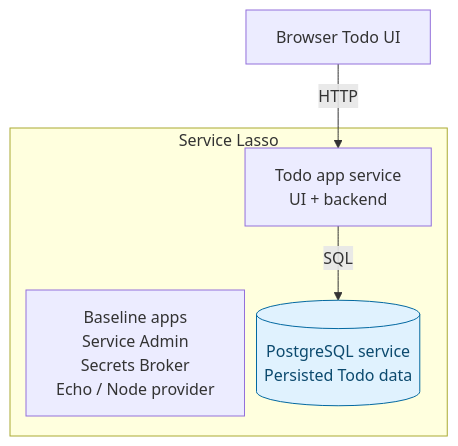
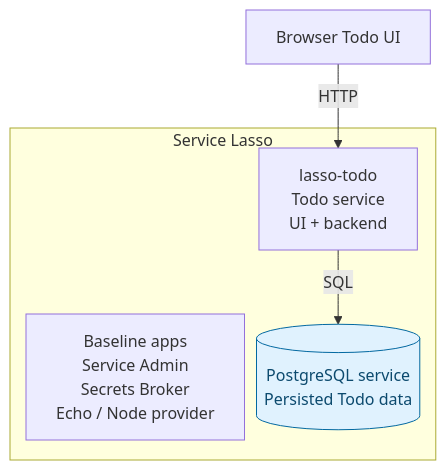
The diagram in docs/getting-started/intermediate-make-todo-app-durable.md (service-lasso/service-lasso), drawn with Mermaid before and after one commit. The commit also changed other lines of this file and 20 other files, not shown here.

Commit message:
docs: teach template-derived packaged Todo service consumers

````diff
--- a/docs/getting-started/intermediate-make-todo-app-durable.md
+++ b/docs/getting-started/intermediate-make-todo-app-durable.md
@@ -18,16 +18,16 @@
 ```mermaid
 %%{init: {"flowchart": {"nodeSpacing": 12, "rankSpacing": 40}}}%%
 flowchart TB
   accTitle: Stage 2: Add managed PostgreSQL
   accDescr: Service Lasso manages the Todo app from stage one alongside baseline apps. Stage two adds PostgreSQL. Stage three adds a Go API between the Todo service and database. JSON storage belongs to the Todo service and is not a separate service.
   browser["Browser Todo UI"]
   subgraph lasso["Service Lasso"]
     baseline["Baseline apps<br/>Service Admin<br/>Secrets Broker<br/>Echo / Node provider"]
-    todo["Todo app service<br/>UI + backend"]
+    todo["lasso-todo<br/>Todo service<br/>UI + backend"]
     db[("PostgreSQL service<br/>Persisted Todo data")]
   end
   browser -->|HTTP| todo
   todo -->|SQL| db
   classDef added fill:#e0f2fe,stroke:#0369a1,color:#0c4a6e
   class db added
 ```
````
